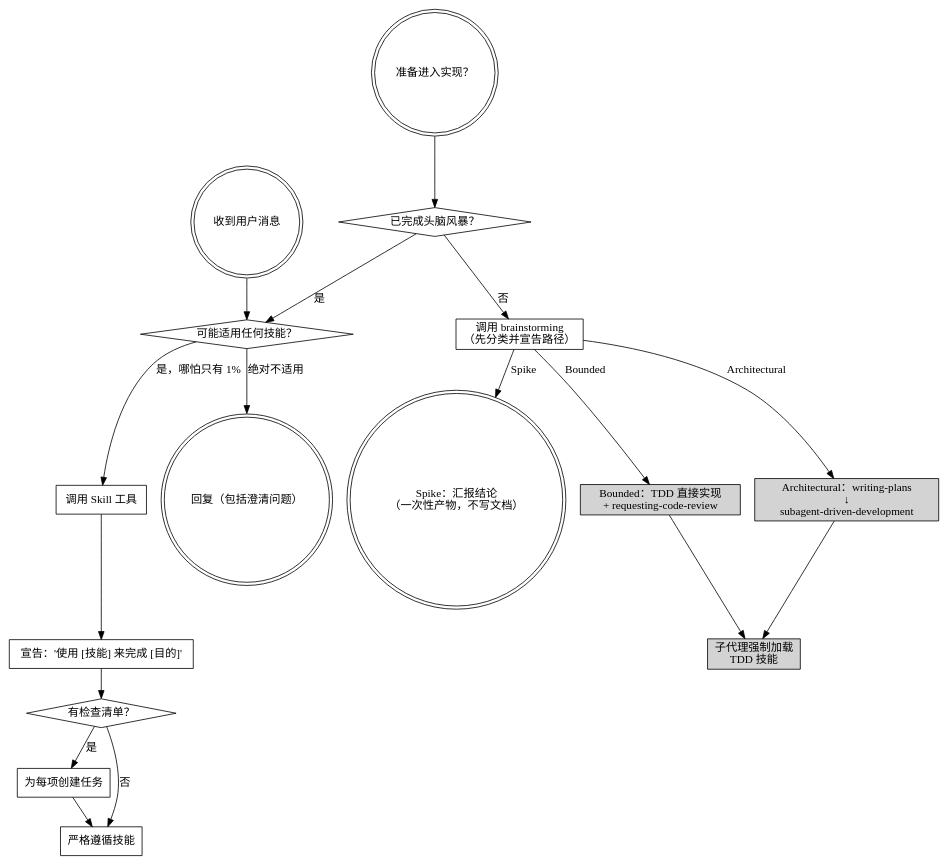
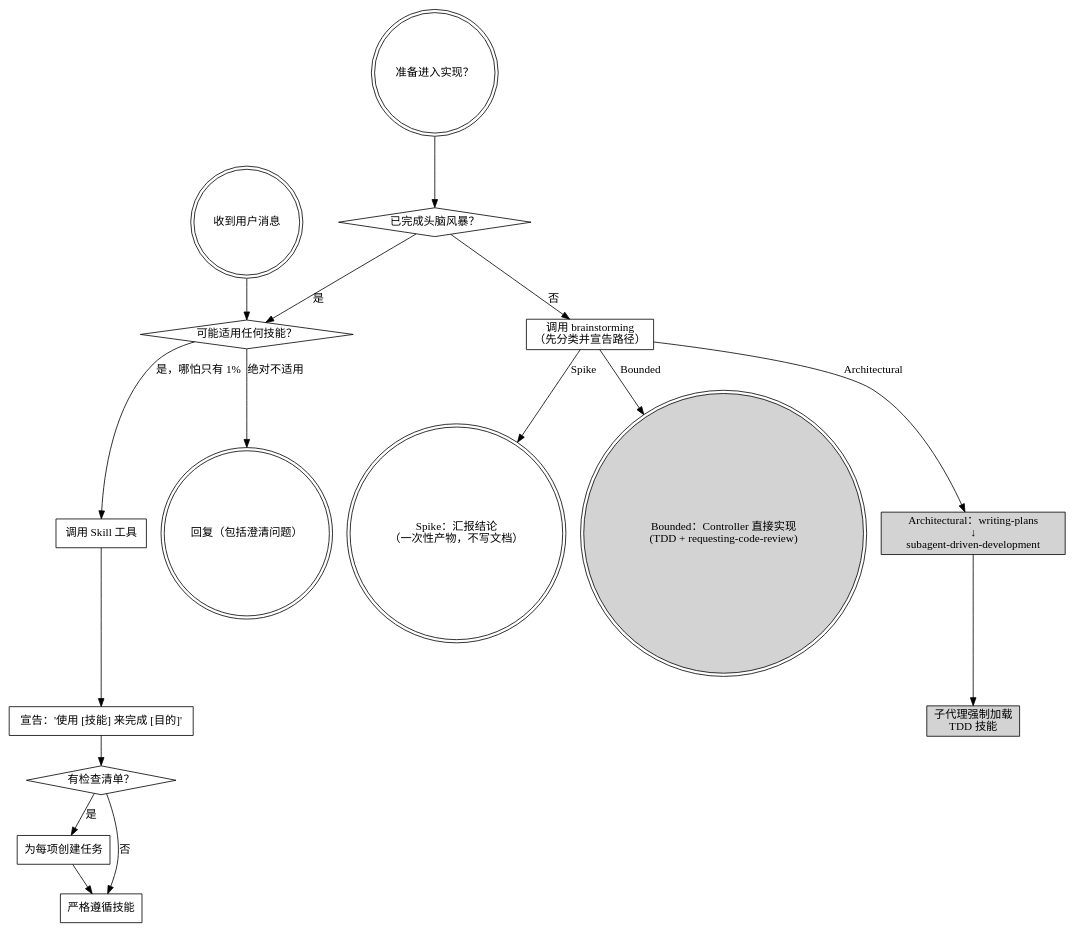
The diagram in skills/using-superpowers/SKILL.md (Geek-Bob/SuperpowersLite), drawn with Graphviz before and after one commit. The commit also changed 4 other files, not shown here.

First line of the commit message:
feat: 审查门控分流（spec-review 必跑 / code-review 按交付物）+ 遗留收口

````diff
--- a/skills/using-superpowers/SKILL.md
+++ b/skills/using-superpowers/SKILL.md
@@ -48,38 +48,37 @@
 ```dot
 digraph skill_flow {
     "收到用户消息" [shape=doublecircle];
     "可能适用任何技能？" [shape=diamond];
     "调用 Skill 工具" [shape=box];
     "宣告：'使用 [技能] 来完成 [目的]'" [shape=box];
     "有检查清单？" [shape=diamond];
     "为每项创建任务" [shape=box];
     "严格遵循技能" [shape=box];
     "回复（包括澄清问题）" [shape=doublecircle];
 
     "准备进入实现？" [shape=doublecircle];
     "已完成头脑风暴？" [shape=diamond];
     "调用 brainstorming\n（先分类并宣告路径）" [shape=box];
     "Spike：汇报结论\n（一次性产物，不写文档）" [shape=doublecircle];
-    "Bounded：TDD 直接实现\n+ requesting-code-review" [shape=box, style=filled, fillcolor=lightgrey];
+    "Bounded：Controller 直接实现\n(TDD + requesting-code-review)" [shape=doublecircle, style=filled, fillcolor=lightgrey];
     "Architectural：writing-plans\n↓\nsubagent-driven-development" [shape=box, style=filled, fillcolor=lightgrey];
     "子代理强制加载\nTDD 技能" [shape=box, style=filled, fillcolor=lightgrey];
 
     "收到用户消息" -> "可能适用任何技能？";
     "可能适用任何技能？" -> "调用 Skill 工具" [label="是，哪怕只有 1%"];
     "可能适用任何技能？" -> "回复（包括澄清问题）" [label="绝对不适用"];
     "调用 Skill 工具" -> "宣告：'使用 [技能] 来完成 [目的]'";
     "宣告：'使用 [技能] 来完成 [目的]'" -> "有检查清单？";
     "有检查清单？" -> "为每项创建任务" [label="是"];
     "有检查清单？" -> "严格遵循技能" [label="否"];
     "为每项创建任务" -> "严格遵循技能";
 
     "准备进入实现？" -> "已完成头脑风暴？";
     "已完成头脑风暴？" -> "调用 brainstorming\n（先分类并宣告路径）" [label="否"];
     "已完成头脑风暴？" -> "可能适用任何技能？" [label="是"];
     "调用 brainstorming\n（先分类并宣告路径）" -> "Spike：汇报结论\n（一次性产物，不写文档）" [label="Spike"];
-    "调用 brainstorming\n（先分类并宣告路径）" -> "Bounded：TDD 直接实现\n+ requesting-code-review" [label="Bounded"];
+    "调用 brainstorming\n（先分类并宣告路径）" -> "Bounded：Controller 直接实现\n(TDD + requesting-code-review)" [label="Bounded"];
     "调用 brainstorming\n（先分类并宣告路径）" -> "Architectural：writing-plans\n↓\nsubagent-driven-development" [label="Architectural"];
-    "Bounded：TDD 直接实现\n+ requesting-code-review" -> "子代理强制加载\nTDD 技能";
     "Architectural：writing-plans\n↓\nsubagent-driven-development" -> "子代理强制加载\nTDD 技能";
 }
 ```
````
